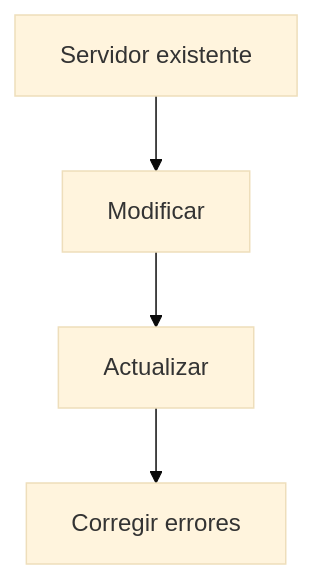
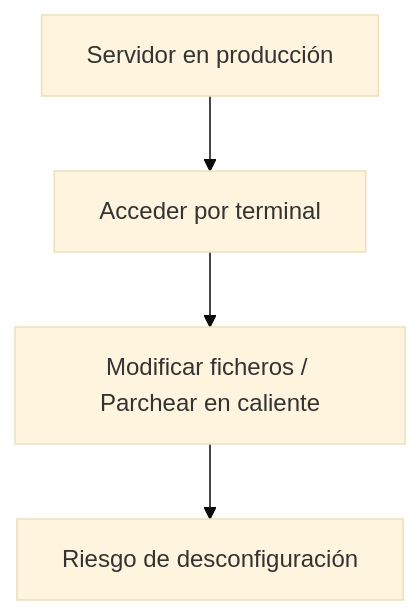
The fourth of 5 diagrams in docs/sesion1/1.2 de servidor a contendor.md (ieftraining/curso-openshift), drawn with Mermaid (base theme) before and after one commit. The commit also changed other lines of this file, not shown here.

````diff
--- a/docs/sesion1/1.2 de servidor a contendor.md
+++ b/docs/sesion1/1.2 de servidor a contendor.md
@@ -188,6 +156,6 @@
 ```mermaid
 flowchart TD
-    A[Servidor existente] --> B[Modificar]
-    B --> C[Actualizar]
-    C --> D[Corregir errores]
+    A[Servidor en producción] --> B[Acceder por terminal]
+    B --> C[Modificar ficheros / Parchear en caliente]
+    C --> D[Riesgo de desconfiguración]
 ```
````
